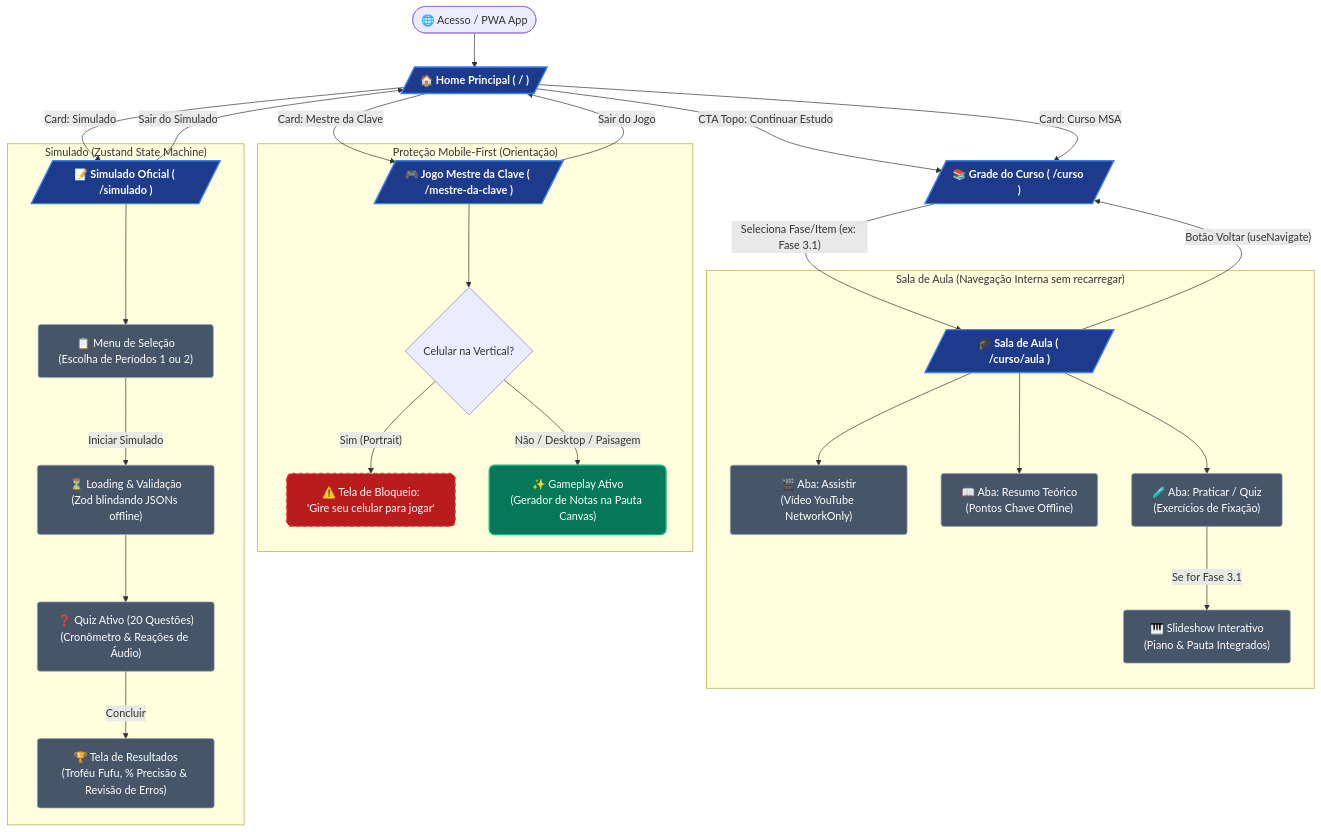
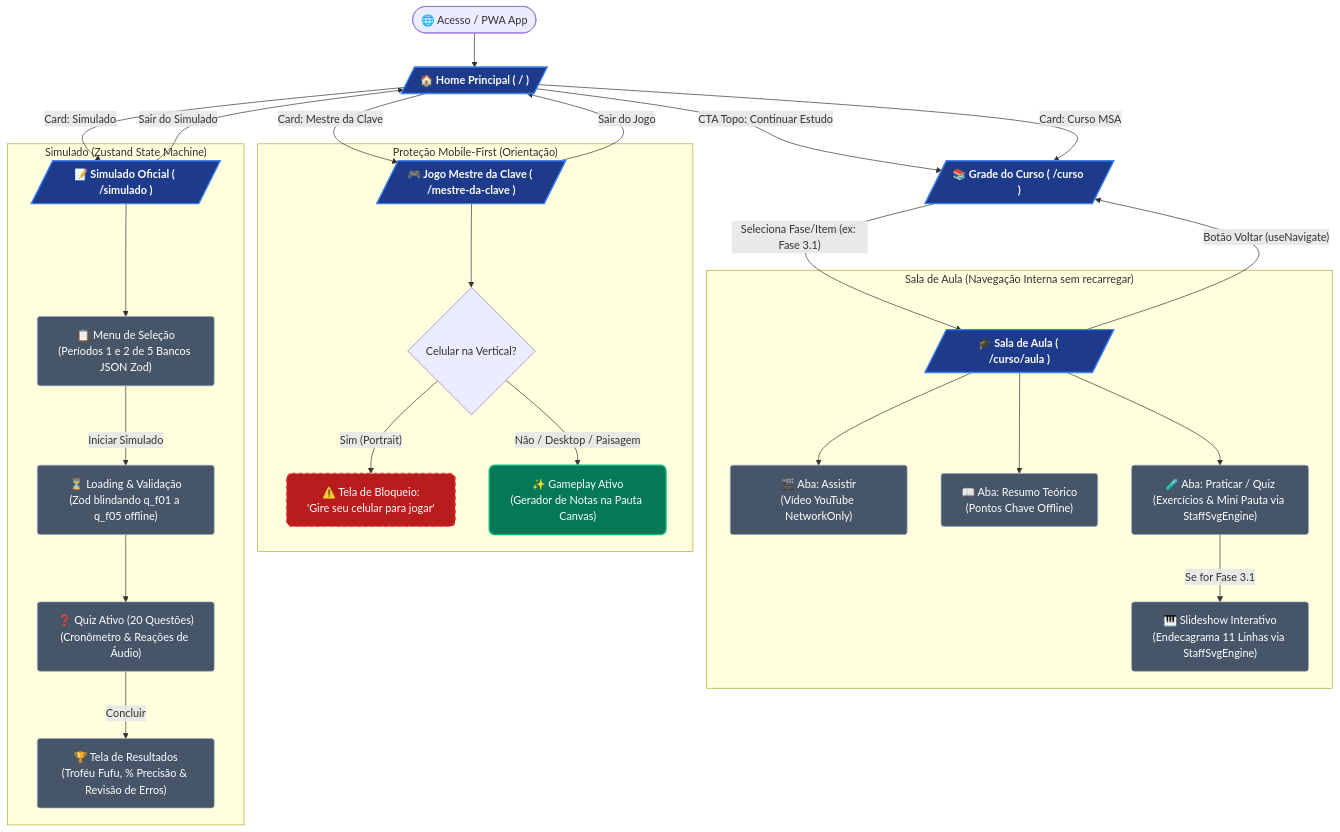
The diagram in FLUXO_USUARIO.md (issacarbarbosa/issa-academy2.0), drawn with Mermaid before and after one commit. The commit also changed other lines of this file and 14 other files, not shown here.

````diff
--- a/FLUXO_USUARIO.md
+++ b/FLUXO_USUARIO.md
@@ -11,56 +11,56 @@
 ```mermaid
 graph TD
     %% Estilos e Cores (Tailwind Palette)
     classDef route fill:#1e3a8a,stroke:#3b82f6,stroke-width:2px,color:#ffffff,font-weight:bold,rx:8px;
     classDef modal fill:#047857,stroke:#10b981,stroke-width:2px,color:#ffffff,rx:8px;
     classDef guard fill:#b91c1c,stroke:#ef4444,stroke-width:2px,color:#ffffff,stroke-dasharray: 5 5,rx:8px;
     classDef state fill:#475569,stroke:#94a3b8,stroke-width:1px,color:#ffffff,rx:4px;
 
     %% Acesso Inicial
     A([🌐 Acesso / PWA App]) --> B[/"🏠 Home Principal ( / )"/]
     class B route;
 
     %% Banner de CTA Rápido
     B -- "CTA Topo: Continuar Estudo" --> C[/"📚 Grade do Curso ( /curso )"/]
     
     %% Navegação por Cards na Home
     B -- "Card: Curso MSA" --> C
     B -- "Card: Mestre da Clave" --> D[/"🎮 Jogo Mestre da Clave ( /mestre-da-clave )"/]
     B -- "Card: Simulado" --> E[/"📝 Simulado Oficial ( /simulado )"/]
     class C,D,E route;
 
     %% SUB-FLUXO: CURSO E AULAS (Com Abas Internas)
     C -- "Seleciona Fase/Item (ex: Fase 3.1)" --> F[/"🎓 Sala de Aula ( /curso/aula )"/]
     class F route;
     
     subgraph S1 ["Sala de Aula (Navegação Interna sem recarregar)"]
         F --> F1["🎬 Aba: Assistir<br>(Vídeo YouTube NetworkOnly)"]
         F --> F2["📖 Aba: Resumo Teórico<br>(Pontos Chave Offline)"]
-        F --> F3["🧪 Aba: Praticar / Quiz<br>(Exercícios de Fixação)"]
-        F3 -- "Se for Fase 3.1" --> F4["🎹 Slideshow Interativo<br>(Piano & Pauta Integrados)"]
+        F --> F3["🧪 Aba: Praticar / Quiz<br>(Exercícios & Mini Pauta via StaffSvgEngine)"]
+        F3 -- "Se for Fase 3.1" --> F4["🎹 Slideshow Interativo<br>(Endecagrama 11 Linhas via StaffSvgEngine)"]
     end
     class F1,F2,F3,F4 state;
 
     %% SUB-FLUXO: JOGO MESTRE DA CLAVE (Com Guarda de Orientação)
     subgraph S2 ["Proteção Mobile-First (Orientação)"]
         D --> G{Celular na Vertical?}
         G -- "Sim (Portrait)" --> G1["⚠️ Tela de Bloqueio:<br>'Gire seu celular para jogar'"]
         class G1 guard;
         G -- "Não / Desktop / Paisagem" --> G2["✨ Gameplay Ativo<br>(Gerador de Notas na Pauta Canvas)"]
         class G2 modal;
     end
 
     %% SUB-FLUXO: SIMULADO MSA (Máquina de Estados)
     subgraph S3 ["Simulado (Zustand State Machine)"]
-        E --> H1["📋 Menu de Seleção<br>(Escolha de Períodos 1 ou 2)"]
-        H1 -- "Iniciar Simulado" --> H2["⏳ Loading & Validação<br>(Zod blindando JSONs offline)"]
+        E --> H1["📋 Menu de Seleção<br>(Períodos 1 e 2 de 5 Bancos JSON Zod)"]
+        H1 -- "Iniciar Simulado" --> H2["⏳ Loading & Validação<br>(Zod blindando q_f01 a q_f05 offline)"]
         H2 --> H3["❓ Quiz Ativo (20 Questões)<br>(Cronômetro & Reações de Áudio)"]
         H3 -- "Concluir" --> H4["🏆 Tela de Resultados<br>(Troféu Fufu, % Precisão & Revisão de Erros)"]
     end
     class H1,H2,H3,H4 state;
 
     %% Botões de Retorno
     F -- "Botão Voltar (useNavigate)" --> C
     D -- "Sair do Jogo" --> B
     E -- "Sair do Simulado" --> B
 ```
````
